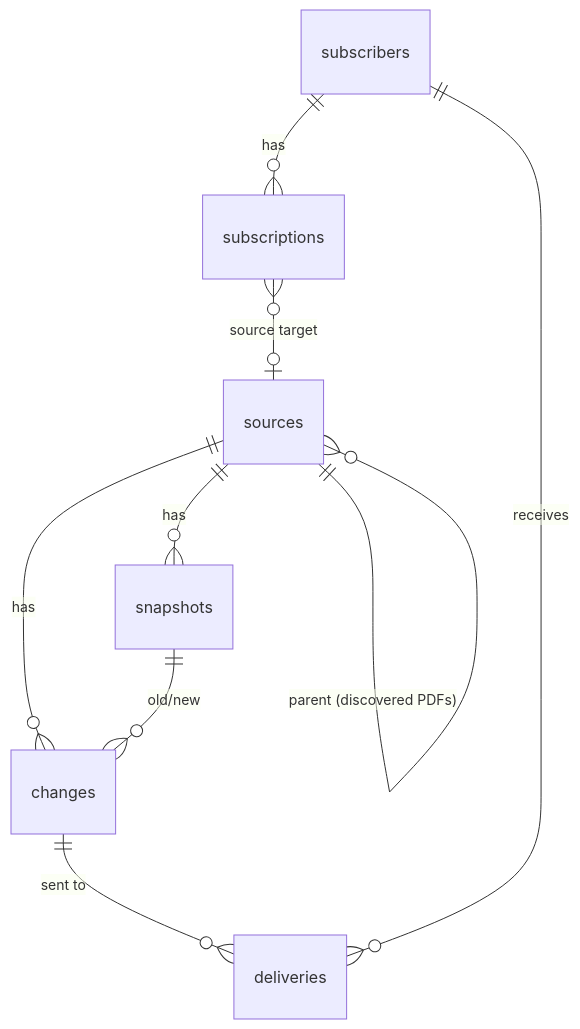
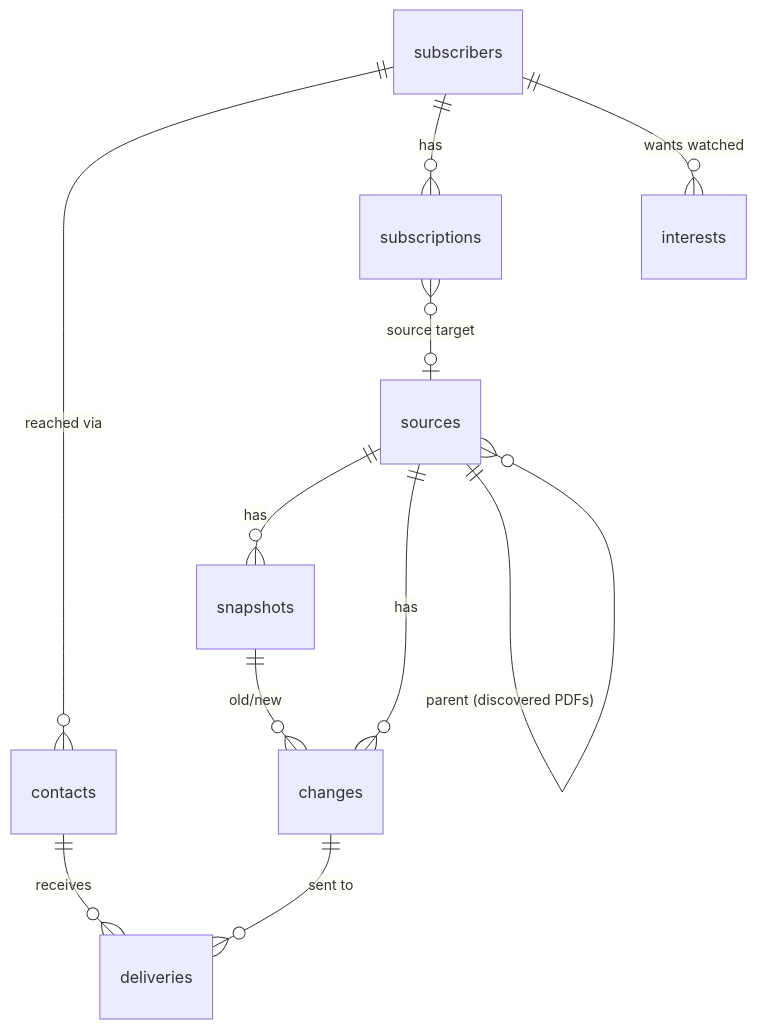
Before and after one commit to akkuraina/pehredaar: the second of 3 diagrams in docs/ARCHITECTURE.md, drawn with Mermaid. The commit also changed other lines of this file, not shown here.

Commit message:
Document the website, email, contacts and the owl persona

````diff
--- a/docs/ARCHITECTURE.md
+++ b/docs/ARCHITECTURE.md
@@ -204,11 +208,13 @@
 ```mermaid
 erDiagram
     sources ||--o{ snapshots : has
     sources ||--o{ changes : has
     sources ||--o{ sources : "parent (discovered PDFs)"
     snapshots ||--o{ changes : "old/new"
+    subscribers ||--o{ contacts : "reached via"
     subscribers ||--o{ subscriptions : has
+    subscribers ||--o{ interests : "wants watched"
     subscriptions }o--o| sources : "source target"
     changes ||--o{ deliveries : "sent to"
-    subscribers ||--o{ deliveries : receives
+    contacts ||--o{ deliveries : receives
 ```
````
